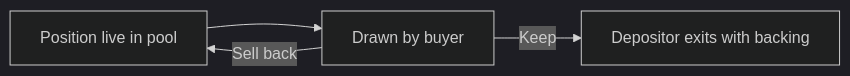
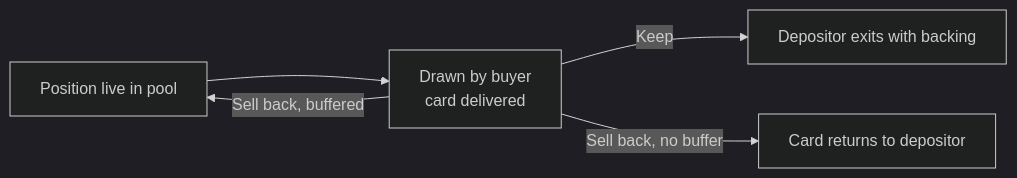
Before and after one commit to gabox-labs/docs: the diagram in keep-or-sell-back.mdx, drawn with Mermaid (dark theme). The commit also changed other lines of this file and 14 other files, not shown here.

````diff
--- a/keep-or-sell-back.mdx
+++ b/keep-or-sell-back.mdx
@@ -28,6 +28,7 @@
 ```mermaid
 flowchart LR
-    P[Position live in pool] --> D[Drawn by buyer]
+    P[Position live in pool] --> D[Drawn by buyer<br/>card delivered]
     D -->|Keep| X[Depositor exits with backing]
-    D -->|Sell back| P
+    D -->|Sell back, buffered| P
+    D -->|Sell back, no buffer| C[Card returns to depositor]
 ```
````
